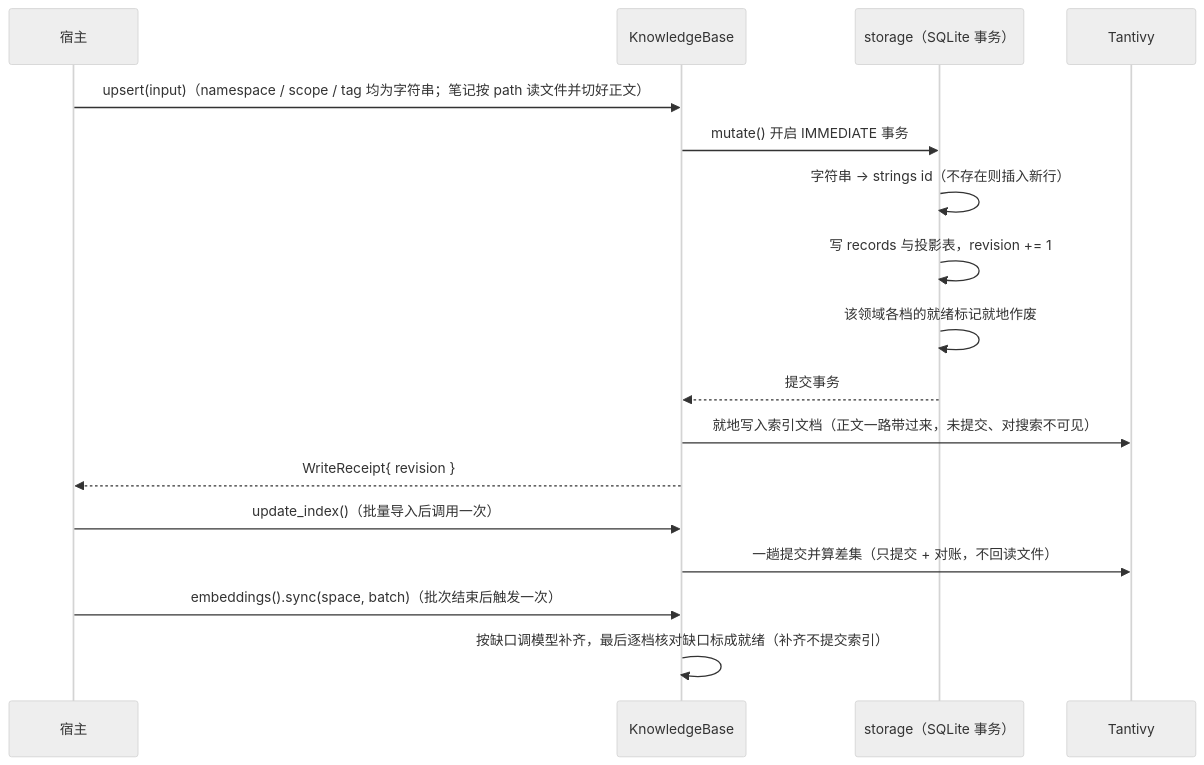
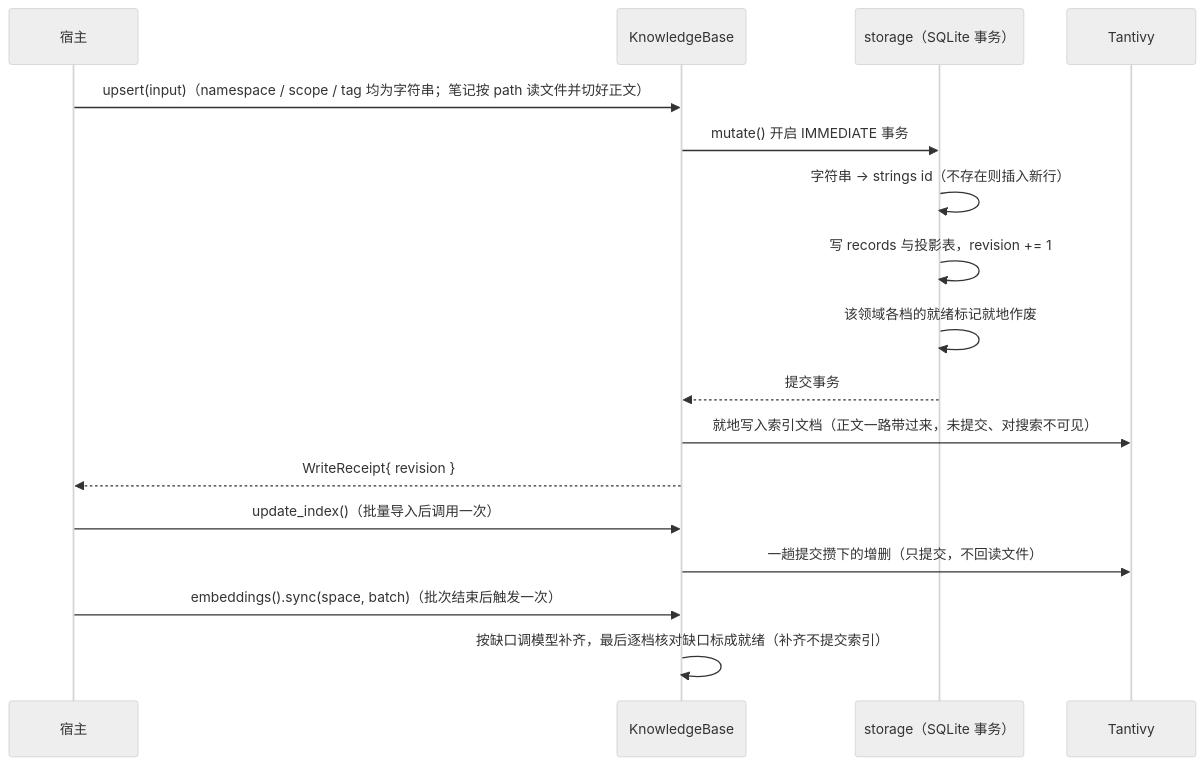
The fourth of 4 diagrams in docs/architecture.md (kawayiYokami/p-memory), drawn with Mermaid (neutral theme) before and after one commit. The commit also changed other lines of this file and 22 other files, not shown here.

````diff
--- a/docs/architecture.md
+++ b/docs/architecture.md
@@ -193,20 +193,20 @@
 ```mermaid
 sequenceDiagram
     participant H as 宿主
     participant K as KnowledgeBase
     participant S as storage（SQLite 事务）
     participant I as Tantivy
 
     H->>K: upsert(input)（namespace / scope / tag 均为字符串；笔记按 path 读文件并切好正文）
     K->>S: mutate() 开启 IMMEDIATE 事务
     S->>S: 字符串 → strings id（不存在则插入新行）
     S->>S: 写 records 与投影表，revision += 1
     S->>S: 该领域各档的就绪标记就地作废
     S-->>K: 提交事务
     K->>I: 就地写入索引文档（正文一路带过来，未提交、对搜索不可见）
     K-->>H: WriteReceipt{ revision }
     H->>K: update_index()（批量导入后调用一次）
-    K->>I: 一趟提交并算差集（只提交 + 对账，不回读文件）
+    K->>I: 一趟提交攒下的增删（只提交，不回读文件）
     H->>K: embeddings().sync(space, batch)（批次结束后触发一次）
     K->>K: 按缺口调模型补齐，最后逐档核对缺口标成就绪（补齐不提交索引）
 ```
````
